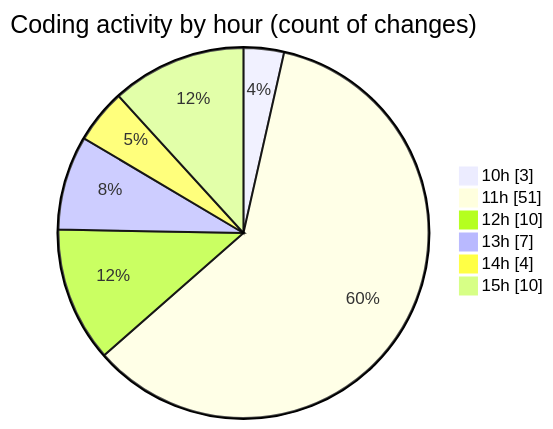
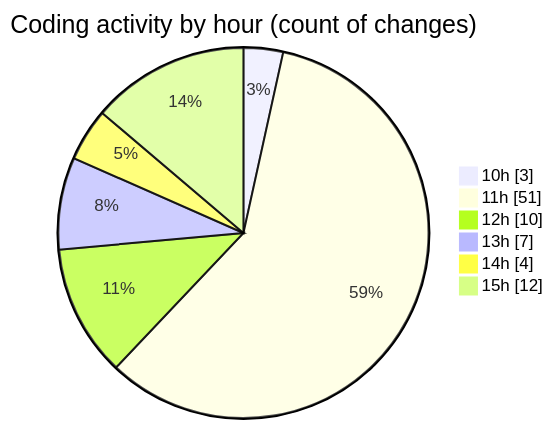
Before and after one commit to nxtqubesakshisongat/code-tracking: the second of 2 diagrams in 2025-07-11/argos/README.md, drawn with Mermaid. The commit also changed other lines of this file and 1 other file, not shown here.

````diff
--- a/2025-07-11/argos/README.md
+++ b/2025-07-11/argos/README.md
@@ -33,10 +33,10 @@
 ```mermaid
 pie showData
 title Coding activity by hour (count of changes)
 "10h" : 3
 "11h" : 51
 "12h" : 10
 "13h" : 7
 "14h" : 4
-"15h" : 10
+"15h" : 12
 ```
````
